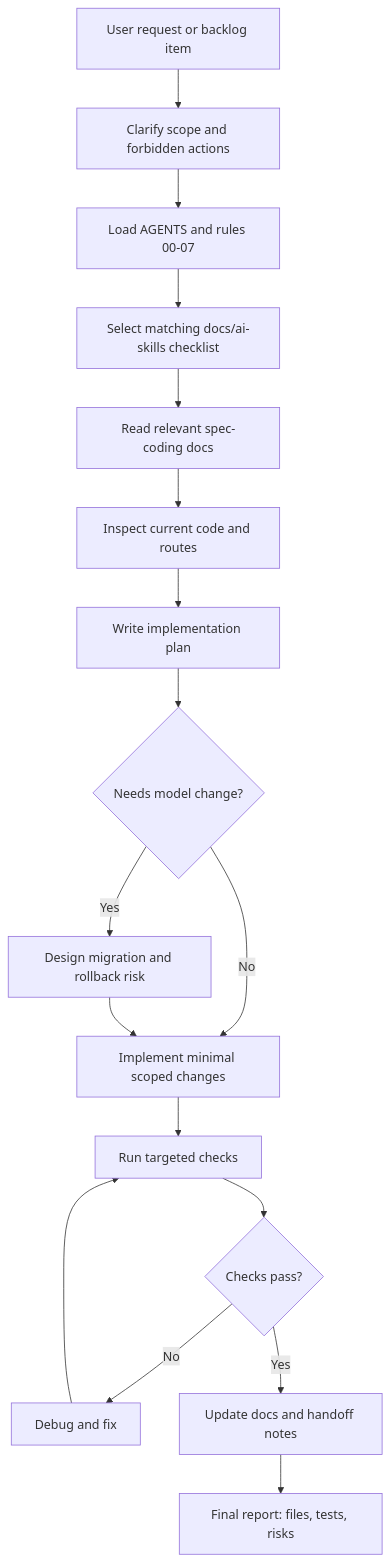
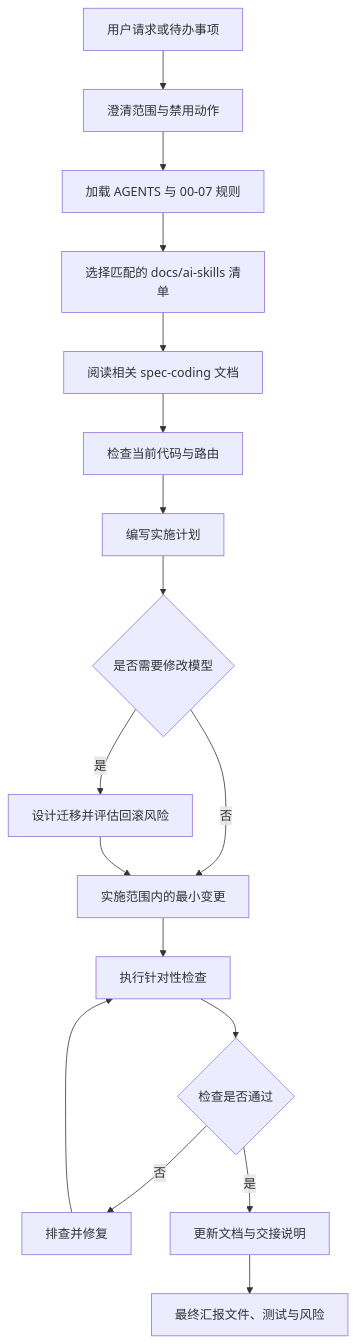
Before and after one commit to x-t001/sunshine-reading: the first of 5 diagrams in docs/spec-coding/04-development-flow.md, drawn with Mermaid. The commit also changed other lines of this file and 34 other files, not shown here.

````diff
--- a/docs/spec-coding/04-development-flow.md
+++ b/docs/spec-coding/04-development-flow.md
@@ -7,19 +7,19 @@
 ```mermaid
 flowchart TD
-  A[User request or backlog item] --> B[Clarify scope and forbidden actions]
-  B --> C[Load AGENTS and rules 00-07]
-  C --> D[Select matching docs/ai-skills checklist]
-  D --> E[Read relevant spec-coding docs]
-  E --> F[Inspect current code and routes]
-  F --> G[Write implementation plan]
-  G --> H{Needs model change?}
-  H -- Yes --> I[Design migration and rollback risk]
-  H -- No --> J[Implement minimal scoped changes]
+  A[用户请求或待办事项] --> B[澄清范围与禁用动作]
+  B --> C[加载 AGENTS 与 00-07 规则]
+  C --> D[选择匹配的 docs/ai-skills 清单]
+  D --> E[阅读相关 spec-coding 文档]
+  E --> F[检查当前代码与路由]
+  F --> G[编写实施计划]
+  G --> H{是否需要修改模型}
+  H -- 是 --> I[设计迁移并评估回滚风险]
+  H -- 否 --> J[实施范围内的最小变更]
   I --> J
-  J --> K[Run targeted checks]
-  K --> L{Checks pass?}
-  L -- No --> M[Debug and fix]
+  J --> K[执行针对性检查]
+  K --> L{检查是否通过}
+  L -- 否 --> M[排查并修复]
   M --> K
-  L -- Yes --> N[Update docs and handoff notes]
-  N --> O[Final report: files, tests, risks]
+  L -- 是 --> N[更新文档与交接说明]
+  N --> O[最终汇报文件、测试与风险]
 ```
````
